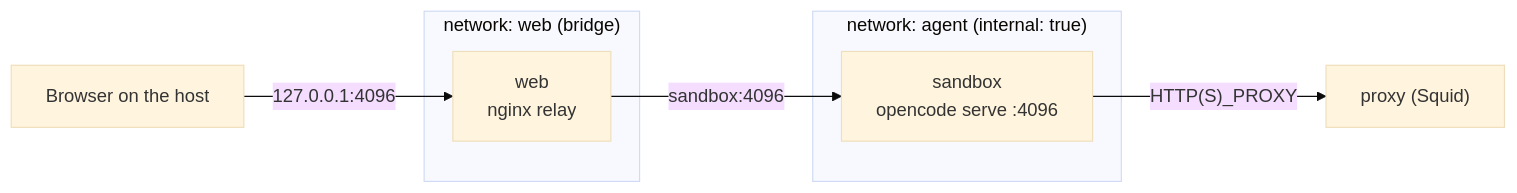
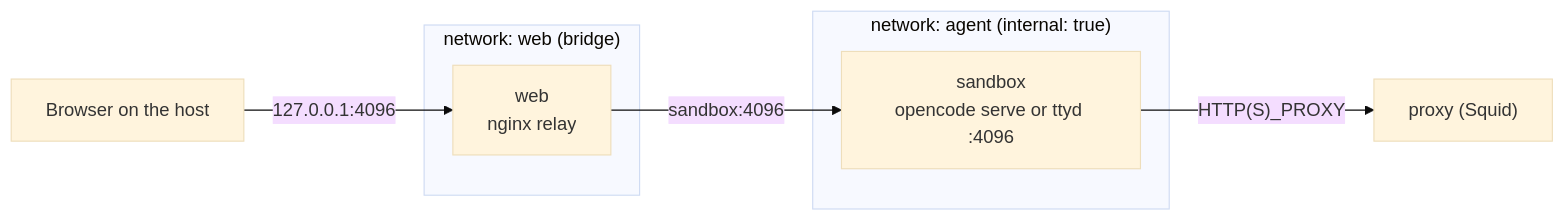
Before and after one commit to mborne/agent-sandbox: the diagram in docs/web-mode.md, drawn with Mermaid (base theme). The commit also changed other lines of this file and 19 other files, not shown here.

````diff
--- a/docs/web-mode.md
+++ b/docs/web-mode.md
@@ -43,12 +74,12 @@
 ```mermaid
 flowchart LR
     browser["Browser on the host"] -->|"127.0.0.1:4096"| web
     subgraph webnet["network: web (bridge)"]
         web["web<br/>nginx relay"]
     end
     subgraph agent["network: agent (internal: true)"]
-        sandbox["sandbox<br/>opencode serve :4096"]
+        sandbox["sandbox<br/>opencode serve or ttyd :4096"]
     end
     web -->|"sandbox:4096"| sandbox
     sandbox -->|"HTTP(S)_PROXY"| proxy["proxy (Squid)"]
 ```
````
